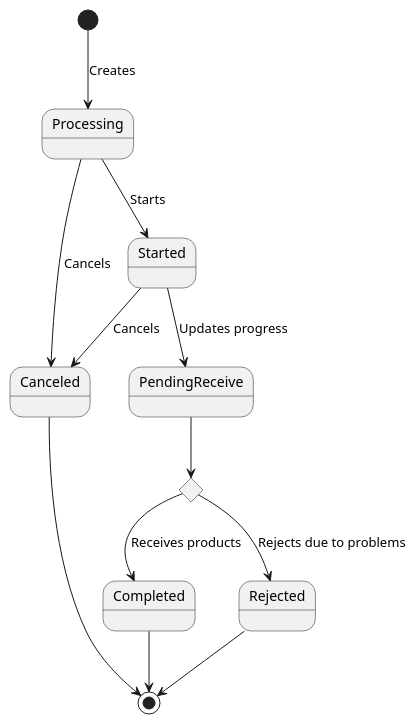
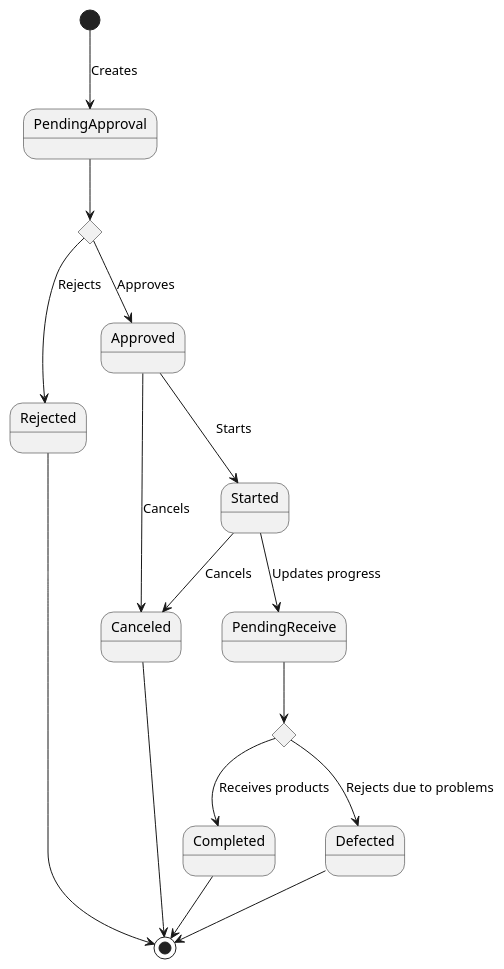
One commit to phihungha/scmss-reqs changed the diagram in states/production-order.plantuml. Above: the diagram before and after it, drawn with PlantUML. The commit also changed 1 other file, not shown here.

```diff
--- a/states/production-order.plantuml
+++ b/states/production-order.plantuml
@@ -1,18 +1,25 @@
 @startuml production-order
 
-[*] --> Processing : Creates
-Processing --> Canceled : Cancels
-Processing --> Started : Starts
+[*] --> PendingApproval : Creates
+
+state approval <<choice>>
+PendingApproval --> approval
+approval --> Rejected : Rejects
+Rejected --> [*]
+approval --> Approved : Approves
+
+Approved --> Canceled : Cancels
+Approved --> Started : Starts
 
 Started --> Canceled : Cancels
 Started --> PendingReceive : Updates progress
 
 state check <<choice>>
 PendingReceive --> check
 check --> Completed : Receives products
 Completed --> [*]
-check --> Rejected : Rejects due to problems
-Rejected --> [*]
+check --> Defected : Rejects due to problems
+Defected --> [*]
 
 Canceled --> [*]
 @enduml
```
